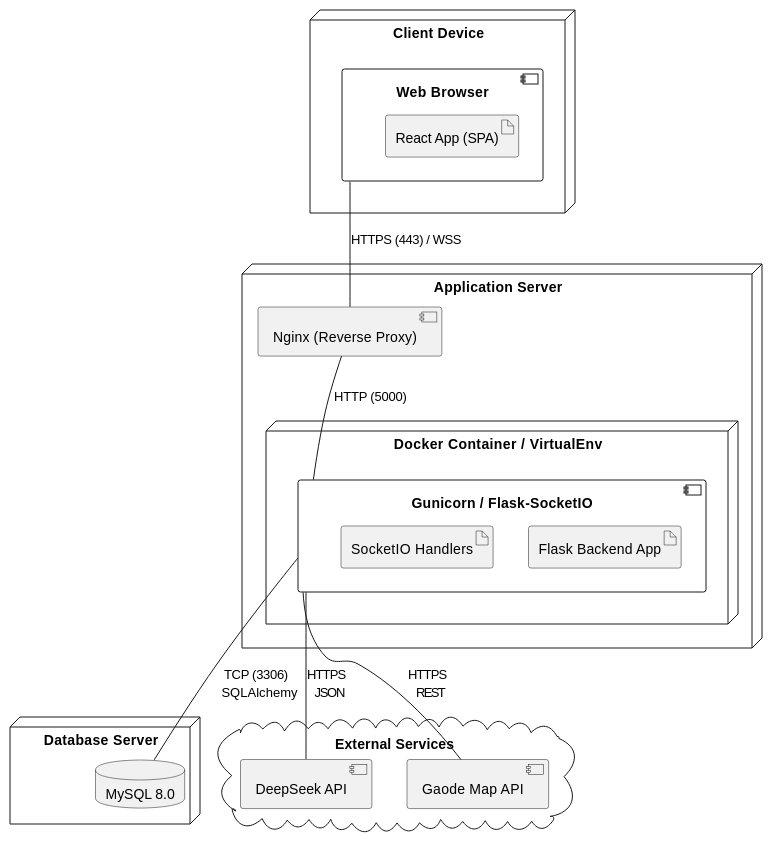
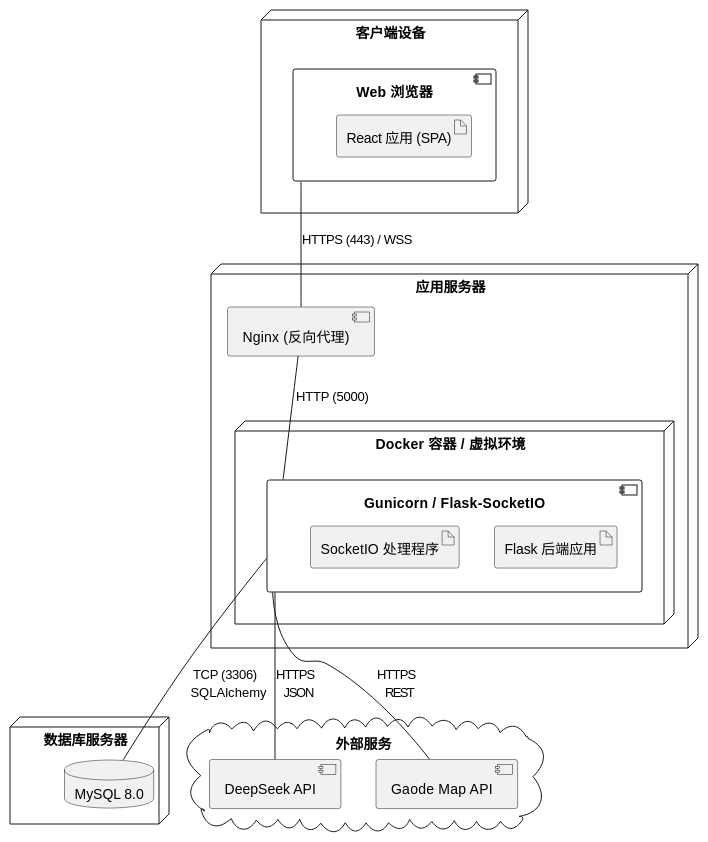
The diagram in doc/design/architecture_design/deployment_view.md (maroonxv/TravelShare), drawn with PlantUML before and after one commit. The commit also changed other lines of this file and 59 other files, not shown here.

````diff
--- a/doc/design/architecture_design/deployment_view.md
+++ b/doc/design/architecture_design/deployment_view.md
@@ -42,37 +40,37 @@
 ```plantuml
 @startuml
-node "Client Device" as ClientNode {
-    component "Web Browser" as Browser {
-        artifact "React App (SPA)" as FE_App
+node "客户端设备" as ClientNode {
+    component "Web 浏览器" as Browser {
+        artifact "React 应用 (SPA)" as FE_App
     }
 }
 
-node "Application Server" as AppServerNode {
-    component "Nginx (Reverse Proxy)" as Nginx
+node "应用服务器" as AppServerNode {
+    component "Nginx (反向代理)" as Nginx
     
-    node "Docker Container / VirtualEnv" {
+    node "Docker 容器 / 虚拟环境" {
         component "Gunicorn / Flask-SocketIO" as WSGI_Server {
-            artifact "Flask Backend App" as BE_App
-            artifact "SocketIO Handlers" as Socket_App
+            artifact "Flask 后端应用" as BE_App
+            artifact "SocketIO 处理程序" as Socket_App
         }
     }
 }
 
-node "Database Server" as DBNode {
+node "数据库服务器" as DBNode {
     database "MySQL 8.0" as MySQL
 }
 
-cloud "External Services" {
+cloud "外部服务" {
     [DeepSeek API] as AI_API
     [Gaode Map API] as Map_API
 }
 
 ' Relationships
 Browser -- Nginx : HTTPS (443) / WSS
 Nginx -- WSGI_Server : HTTP (5000)
 WSGI_Server -- MySQL : TCP (3306) \n SQLAlchemy
 WSGI_Server -- AI_API : HTTPS \n JSON
 WSGI_Server -- Map_API : HTTPS \n REST
 
 @enduml
 ```
````
